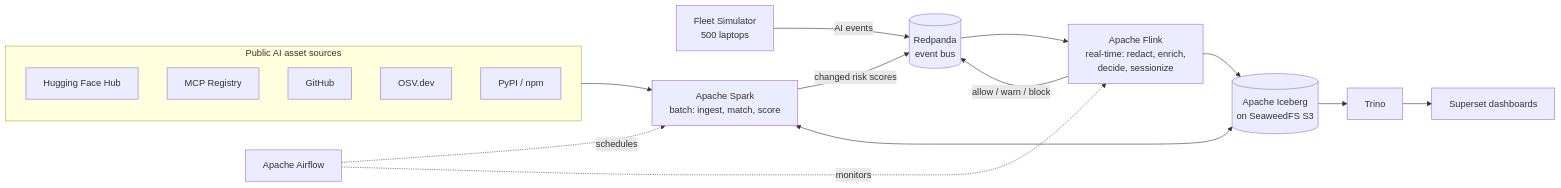
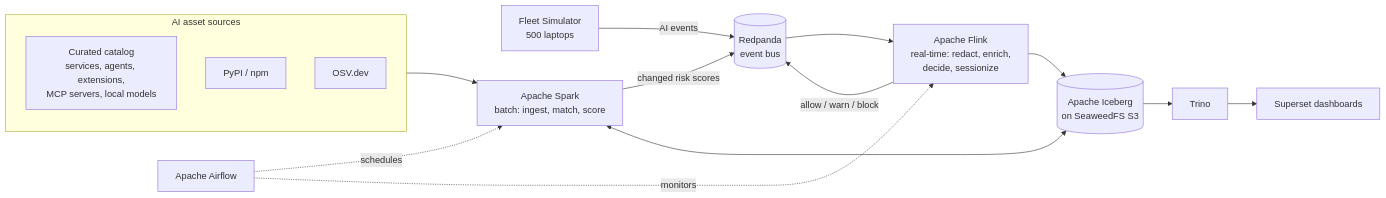
One commit to sayanah1121/AIRS-Lite-an-AI-Asset-Risk-Lakehouse changed the diagram in README.md. Above: the diagram before and after it, drawn with Mermaid. The commit also changed other lines of this file and 104 other files, not shown here.

First line of the commit message:
Phase 4, curated sources, Tracewell rename, 20k package discovery

````diff
--- a/README.md
+++ b/README.md
@@ -103,25 +103,23 @@
 ```mermaid
 flowchart LR
-    subgraph Sources["Public AI asset sources"]
-        HF[Hugging Face Hub]
-        MCP[MCP Registry]
-        GH[GitHub]
+    subgraph Sources["AI asset sources"]
+        CUR[Curated catalog<br/>services, agents, extensions,<br/>MCP servers, local models]
+        PKG[PyPI / npm]
         OSV[OSV.dev]
-        PKG[PyPI / npm]
     end
 
     SIM[Fleet Simulator<br/>500 laptops] -->|AI events| RP[(Redpanda<br/>event bus)]
 
     Sources --> SPARK[Apache Spark<br/>batch: ingest, match, score]
     SPARK -->|changed risk scores| RP
     RP --> FLINK[Apache Flink<br/>real-time: redact, enrich,<br/>decide, sessionize]
 
     SPARK <--> ICE[(Apache Iceberg<br/>on SeaweedFS S3)]
     FLINK --> ICE
     FLINK -->|allow / warn / block| RP
 
     AF[Apache Airflow] -. schedules .-> SPARK
     AF -. monitors .-> FLINK
 
     ICE --> TRINO[Trino] --> SUP[Superset dashboards]
 ```
````
